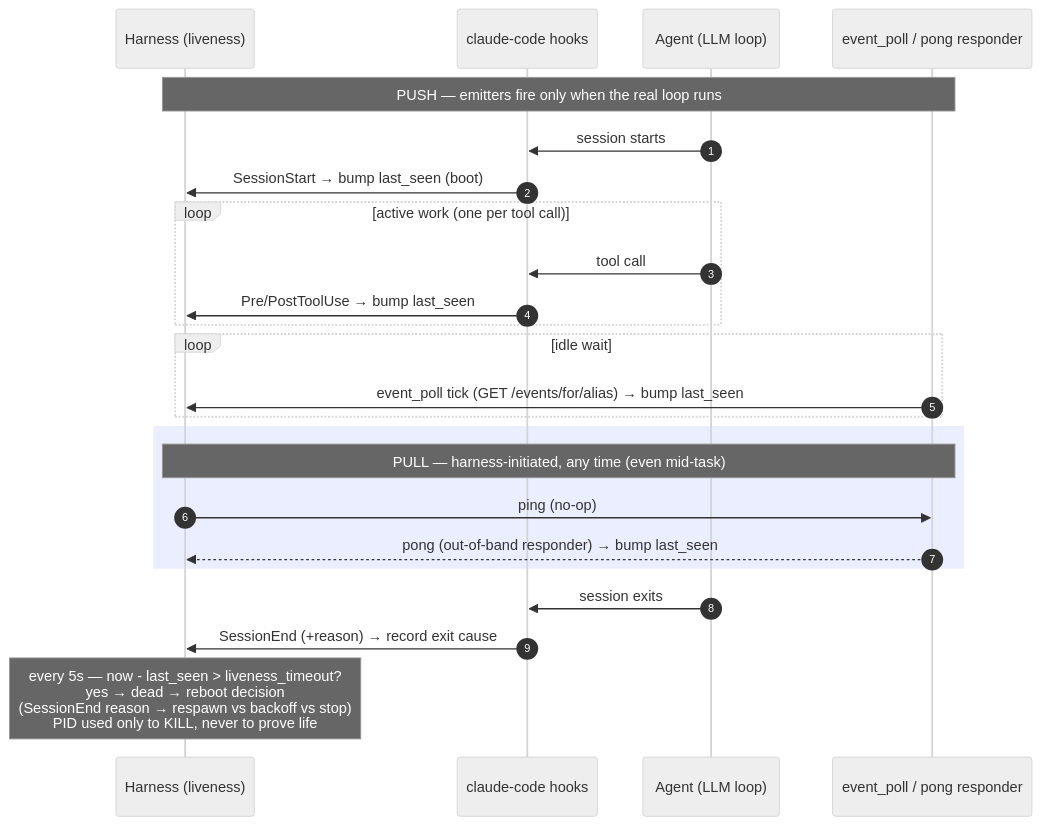
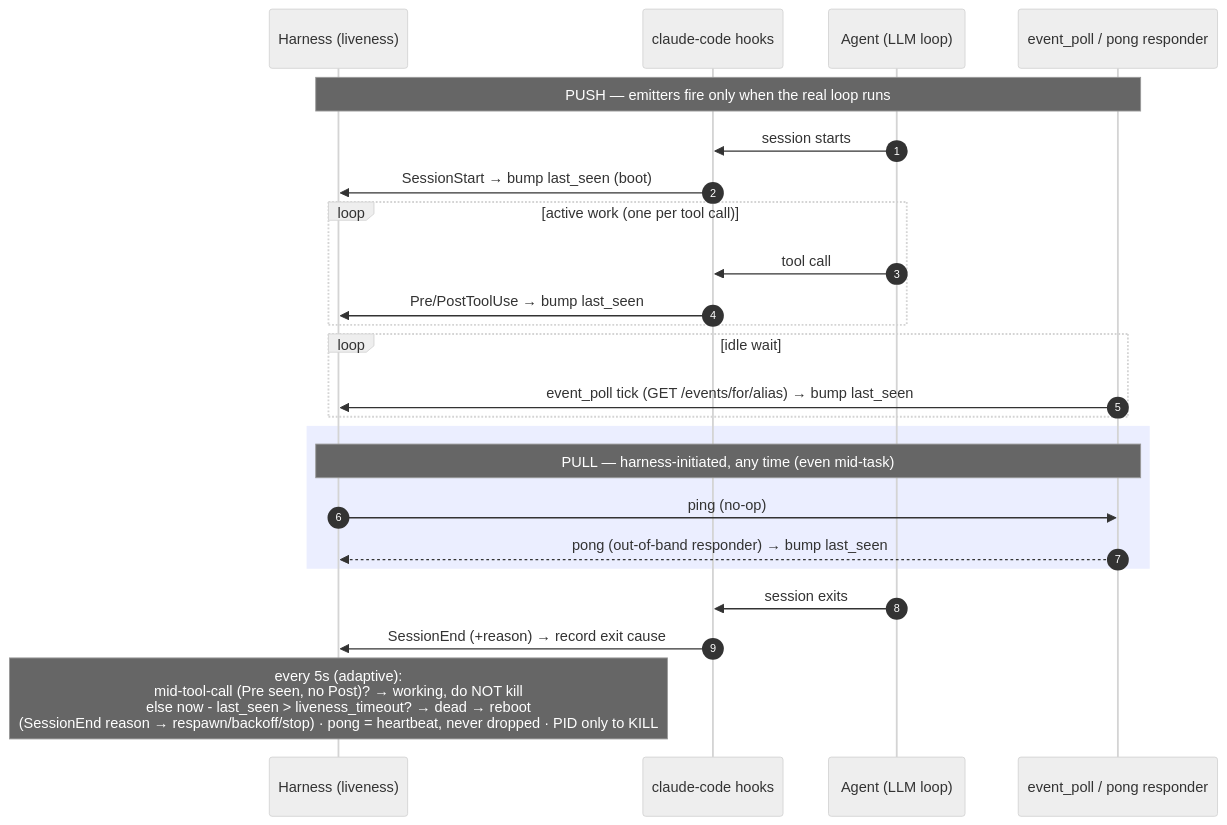
Before and after one commit to WallyDoodlez/SquidSquad: the third of 3 diagrams in docs/HARNESS-ARCH.md, drawn with Mermaid (neutral theme). The commit also changed other lines of this file, not shown here.

First line of the commit message:
docs(HARNESS-ARCH v13): adaptive liveness + pong-as-heartbeat L1 rule (operator)

````diff
--- a/docs/HARNESS-ARCH.md
+++ b/docs/HARNESS-ARCH.md
@@ -649,30 +654,30 @@
 ```mermaid
 sequenceDiagram
     autonumber
     participant H as Harness (liveness)
     participant Hk as claude-code hooks
     participant A as Agent (LLM loop)
     participant EP as event_poll / pong responder
 
     Note over H,EP: PUSH — emitters fire only when the real loop runs
     A->>Hk: session starts
     Hk->>H: SessionStart → bump last_seen (boot)
     loop active work (one per tool call)
         A->>Hk: tool call
         Hk->>H: Pre/PostToolUse → bump last_seen
     end
     loop idle wait
         EP->>H: event_poll tick (GET /events/for/alias) → bump last_seen
     end
 
     rect rgb(235,238,255)
     Note over H,EP: PULL — harness-initiated, any time (even mid-task)
     H->>EP: ping (no-op)
     EP-->>H: pong (out-of-band responder) → bump last_seen
     end
 
     A->>Hk: session exits
     Hk->>H: SessionEnd (+reason) → record exit cause
 
-    Note over H: every 5s — now - last_seen > liveness_timeout?<br/>yes → dead → reboot decision<br/>(SessionEnd reason → respawn vs backoff vs stop)<br/>PID used only to KILL, never to prove life
+    Note over H: every 5s (adaptive):<br/>mid-tool-call (Pre seen, no Post)? → working, do NOT kill<br/>else now - last_seen > liveness_timeout? → dead → reboot<br/>(SessionEnd reason → respawn/backoff/stop) · pong = heartbeat, never dropped · PID only to KILL
 ```
````
